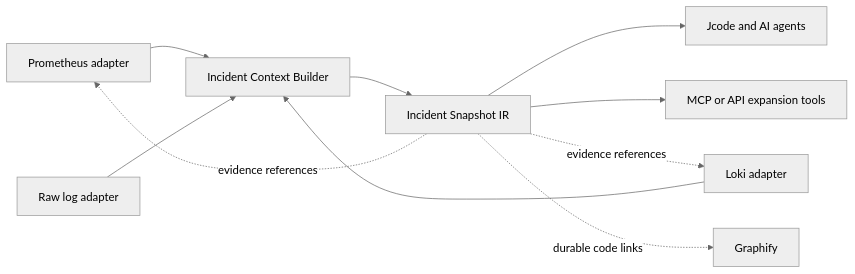
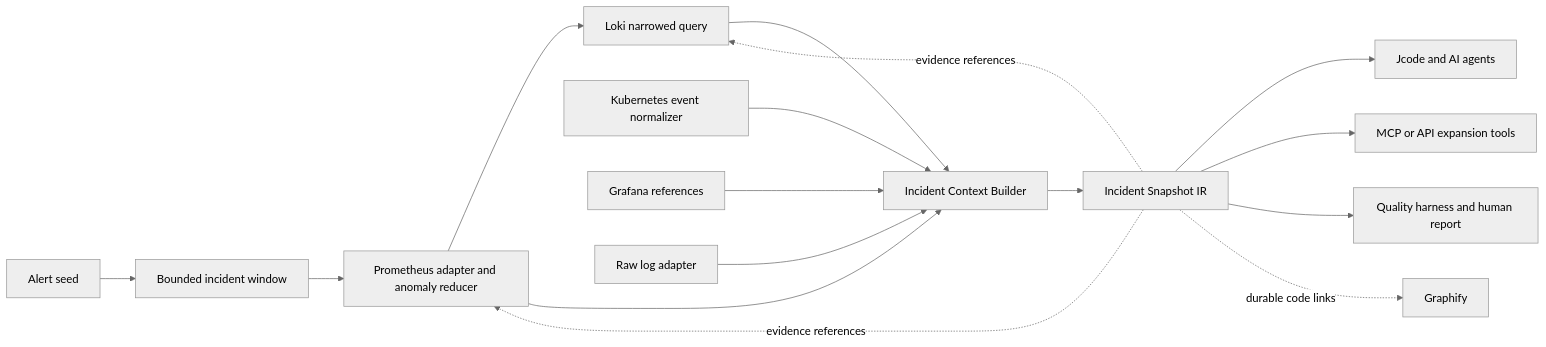
One commit to akvarel/incident-context-engine changed the diagram in docs/architecture.md. Above: the diagram before and after it, drawn with Mermaid (neutral theme). The commit also changed other lines of this file and 16 other files, not shown here.

````diff
--- a/docs/architecture.md
+++ b/docs/architecture.md
@@ -3,12 +3,18 @@
 ```mermaid
 flowchart LR
-    P[Prometheus adapter] --> B[Incident Context Builder]
-    L[Loki adapter] --> B
+    A[Alert seed] --> W[Bounded incident window]
+    W --> P[Prometheus adapter and anomaly reducer]
+    P --> L[Loki narrowed query]
+    P --> B[Incident Context Builder]
+    L --> B
+    K[Kubernetes event normalizer] --> B
+    F[Grafana references] --> B
     R[Raw log adapter] --> B
     B --> I[Incident Snapshot IR]
     I --> J[Jcode and AI agents]
     I --> M[MCP or API expansion tools]
+    I --> Q[Quality harness and human report]
     I -. evidence references .-> P
     I -. evidence references .-> L
     I -. durable code links .-> G[Graphify]
 ```
````
